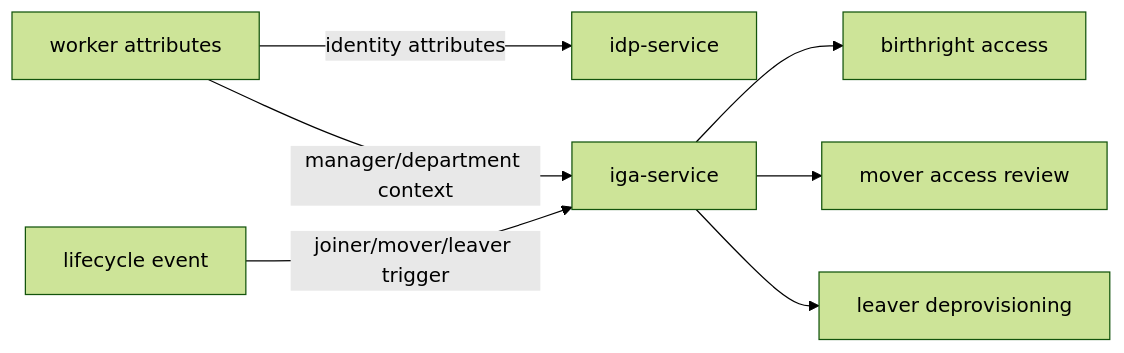
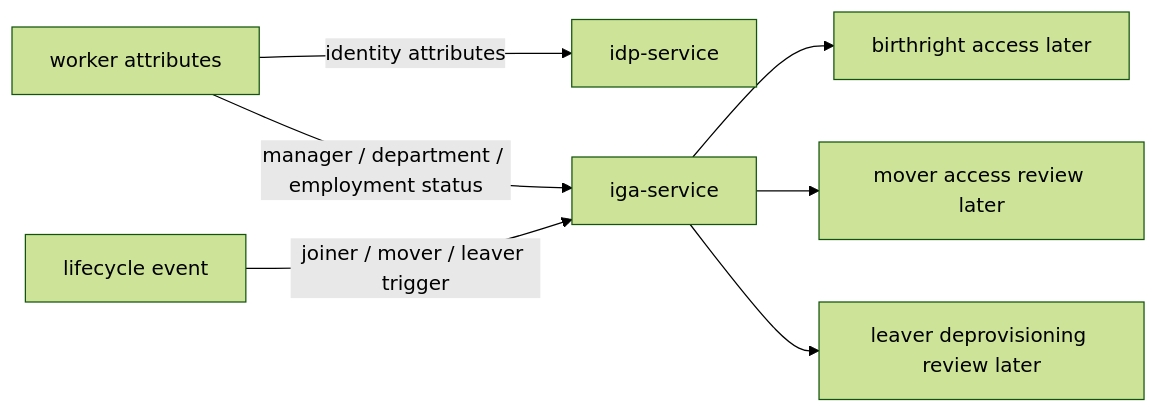
Before and after one commit to i-m-rish/luffy: the seventh of 7 diagrams in apps/hrms-service/docs/diagrams.md, drawn with Mermaid (forest theme). The commit also changed other lines of this file, not shown here.

Commit message:
Update HRMS diagrams with IGA normalization flow

````diff
--- a/apps/hrms-service/docs/diagrams.md
+++ b/apps/hrms-service/docs/diagrams.md
@@ -128,15 +143,15 @@
 ```mermaid
 flowchart LR
     WORKER[worker attributes]
     EVENT[lifecycle event]
     IDP[idp-service]
     IGA[iga-service]
 
     WORKER -->|identity attributes| IDP
-    WORKER -->|manager/department context| IGA
-    EVENT -->|joiner/mover/leaver trigger| IGA
+    WORKER -->|manager / department / employment status| IGA
+    EVENT -->|joiner / mover / leaver trigger| IGA
 
-    IGA --> BIRTHRIGHT[birthright access]
-    IGA --> REVIEW[mover access review]
-    IGA --> DEPROV[leaver deprovisioning]
+    IGA --> BIRTHRIGHT[birthright access later]
+    IGA --> REVIEW[mover access review later]
+    IGA --> DEPROV[leaver deprovisioning review later]
 ```
````
